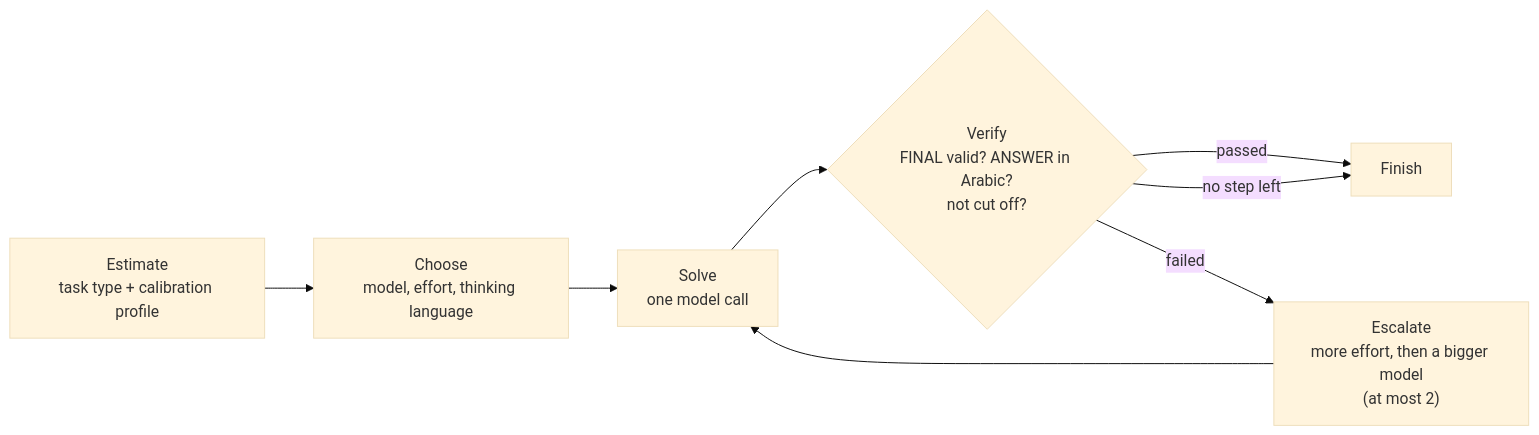
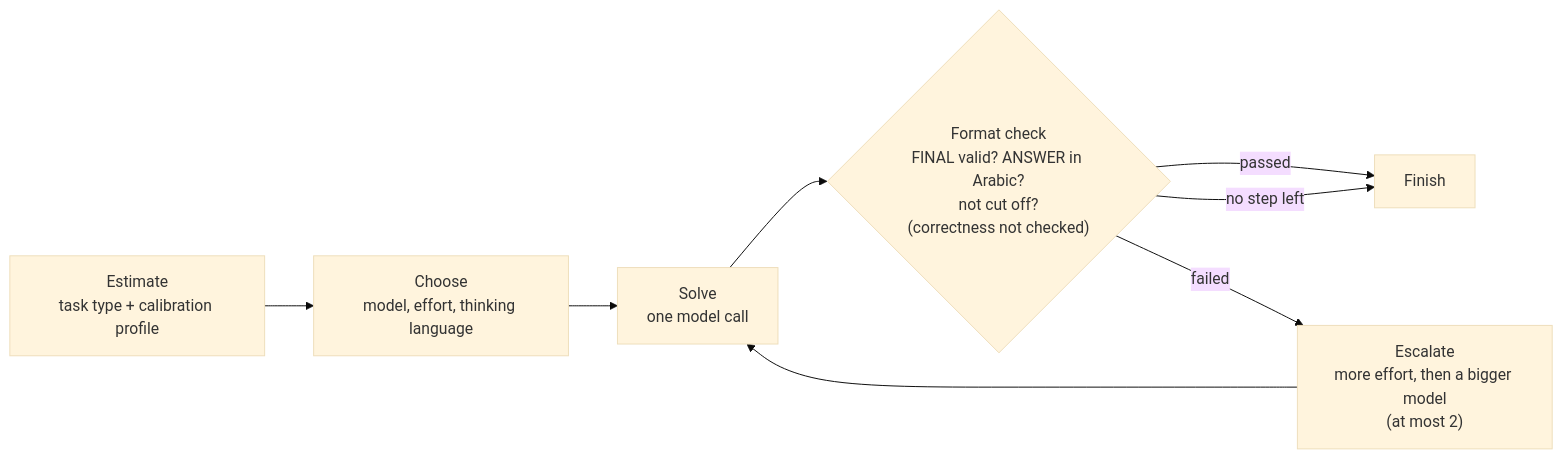
Before and after one commit to shiakah27/KAYLAI: the diagram in README.md, drawn with Mermaid (base theme). The commit also changed other lines of this file and 4 other files, not shown here.

Commit message:
UI and README: format check instead of "verified"; estimated model FLOPs with a note; 49% stated with its caveats

````diff
--- a/README.md
+++ b/README.md
@@ -21,10 +23,10 @@
 ```mermaid
 flowchart LR
     A["Estimate<br/>task type + calibration profile"] --> B["Choose<br/>model, effort, thinking language"]
     B --> C["Solve<br/>one model call"]
-    C --> D{"Verify<br/>FINAL valid? ANSWER in Arabic?<br/>not cut off?"}
+    C --> D{"Format check<br/>FINAL valid? ANSWER in Arabic?<br/>not cut off?<br/>(correctness not checked)"}
     D -- passed --> F["Finish"]
     D -- failed --> E["Escalate<br/>more effort, then a bigger model<br/>(at most 2)"]
     E --> C
     D -- "no step left" --> F
 ```
````
